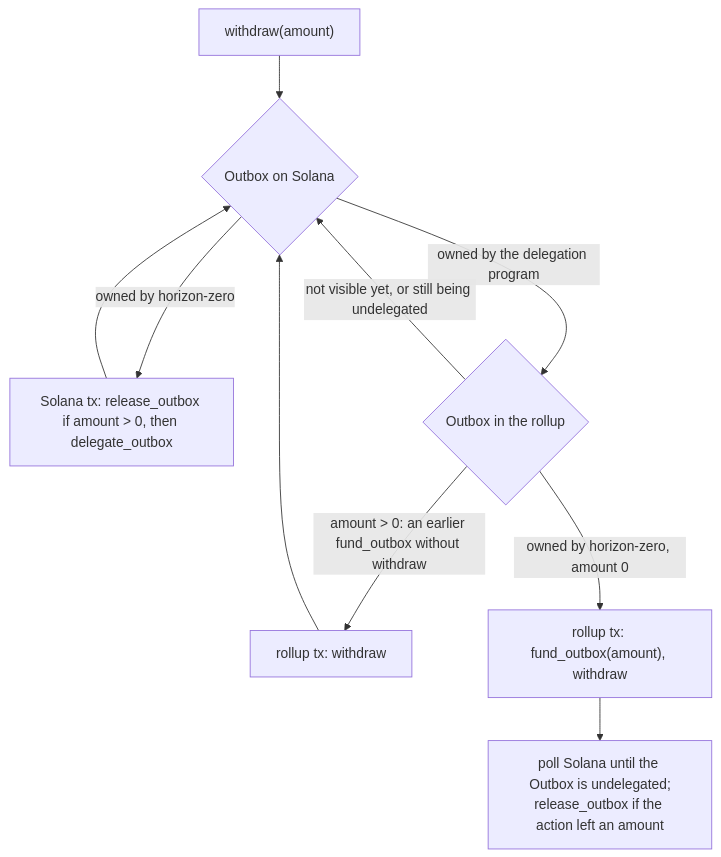
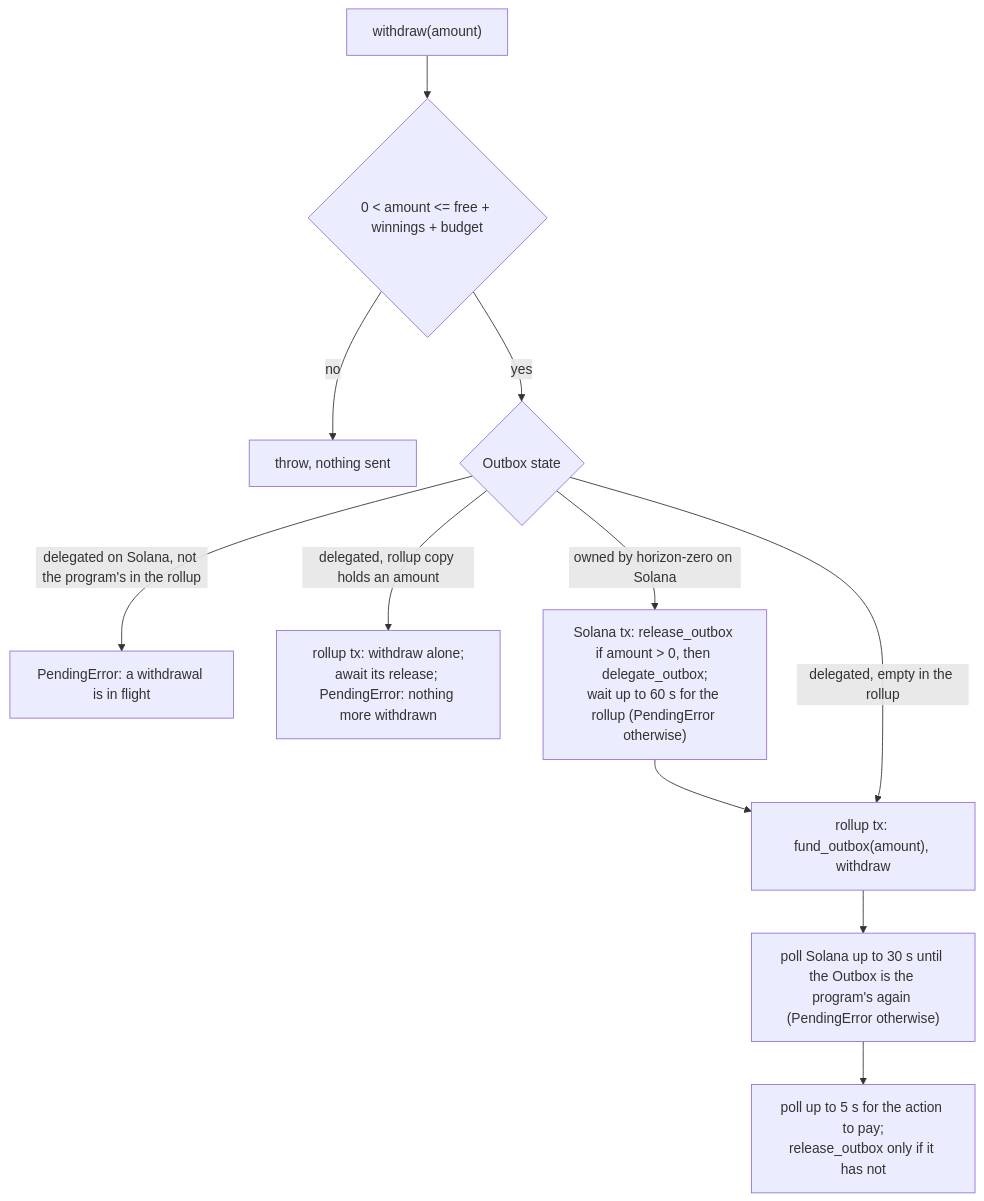
Before and after one commit to Dodecahedr0x/horizon-zero: the second of 2 diagrams in docs/src/client.md, drawn with Mermaid. The commit also changed other lines of this file and 4 other files, not shown here.

````diff
--- a/docs/src/client.md
+++ b/docs/src/client.md
@@ -192,12 +201,13 @@
 ```mermaid
 flowchart TD
-  Start["withdraw(amount)"] --> Read{"Outbox on Solana"}
-  Read -->|"owned by horizon-zero"| Release["Solana tx: release_outbox if amount > 0, then delegate_outbox"]
-  Release --> Read
-  Read -->|"owned by the delegation program"| Rollup{"Outbox in the rollup"}
-  Rollup -->|"not visible yet, or still being undelegated"| Read
-  Rollup -->|"amount > 0: an earlier fund_outbox without withdraw"| Flush["rollup tx: withdraw"]
-  Flush --> Read
-  Rollup -->|"owned by horizon-zero, amount 0"| Send["rollup tx: fund_outbox(amount), withdraw"]
-  Send --> Wait["poll Solana until the Outbox is undelegated;<br/>release_outbox if the action left an amount"]
+  Start["withdraw(amount)"] --> Check{"0 < amount <= free + winnings + budget"}
+  Check -->|no| Refuse["throw, nothing sent"]
+  Check -->|yes| State{"Outbox state"}
+  State -->|"delegated on Solana, not the program's in the rollup"| InFlight["PendingError: a withdrawal is in flight"]
+  State -->|"delegated, rollup copy holds an amount"| Flush["rollup tx: withdraw alone;<br/>await its release; PendingError: nothing more withdrawn"]
+  State -->|"owned by horizon-zero on Solana"| Delegate["Solana tx: release_outbox if amount > 0, then delegate_outbox;<br/>wait up to 60 s for the rollup (PendingError otherwise)"]
+  Delegate --> Send
+  State -->|"delegated, empty in the rollup"| Send["rollup tx: fund_outbox(amount), withdraw"]
+  Send --> Back["poll Solana up to 30 s until the Outbox is the program's again (PendingError otherwise)"]
+  Back --> Action["poll up to 5 s for the action to pay;<br/>release_outbox only if it has not"]
 ```
````
